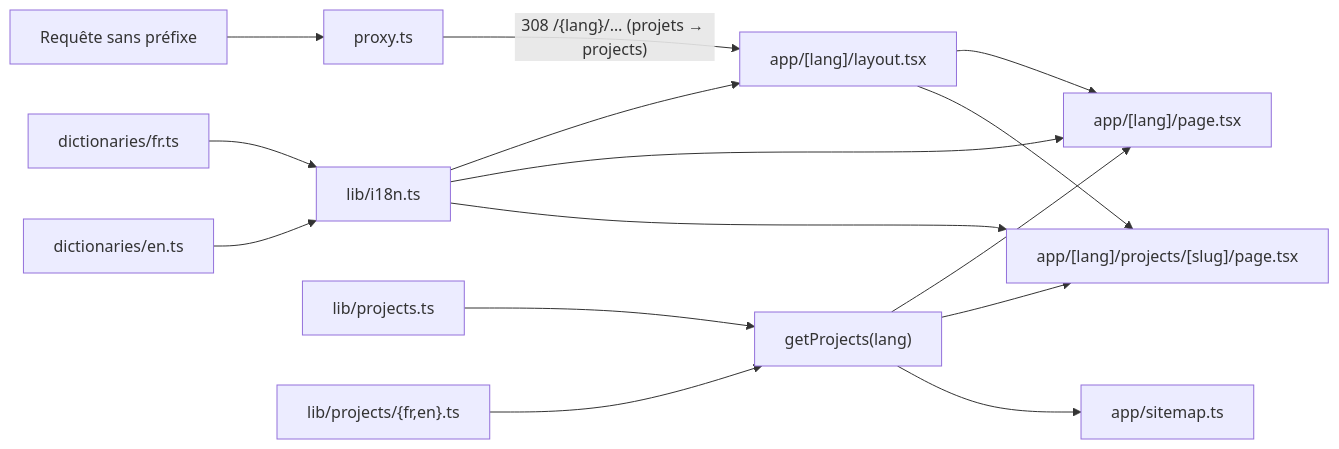
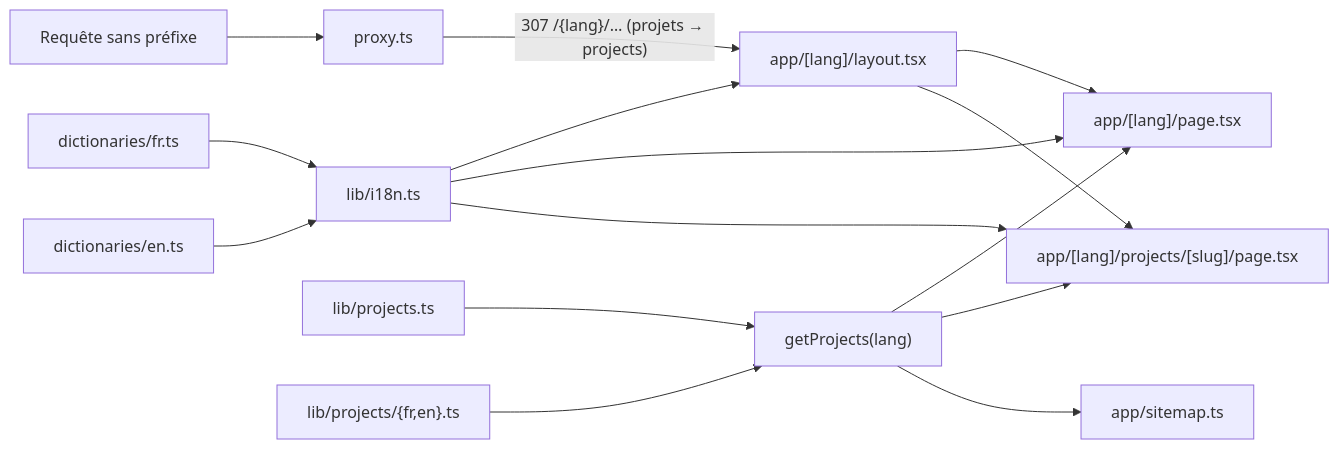
The diagram in docs/superpowers/specs/2026-10-20-i18n-design.md (Greite/portfolio), drawn with Mermaid before and after one commit. The commit also changed other lines of this file, not shown here.

````diff
--- a/docs/superpowers/specs/2026-10-20-i18n-design.md
+++ b/docs/superpowers/specs/2026-10-20-i18n-design.md
@@ -35,13 +35,13 @@
 ```mermaid
 flowchart LR
   REQ["Requête sans préfixe"] --> PX[proxy.ts]
-  PX -->|"308 /{lang}/… (projets → projects)"| L["app/[lang]/layout.tsx"]
+  PX -->|"307 /{lang}/… (projets → projects)"| L["app/[lang]/layout.tsx"]
   L --> HP["app/[lang]/page.tsx"]
   L --> PP["app/[lang]/projects/[slug]/page.tsx"]
   I18N[lib/i18n.ts] --> L & HP & PP
   DF[dictionaries/fr.ts] --> I18N
   DE[dictionaries/en.ts] --> I18N
   PB[lib/projects.ts] --> PJ["getProjects(lang)"]
   PT["lib/projects/{fr,en}.ts"] --> PJ
   PJ --> HP & PP & SM[app/sitemap.ts]
 ```
````
